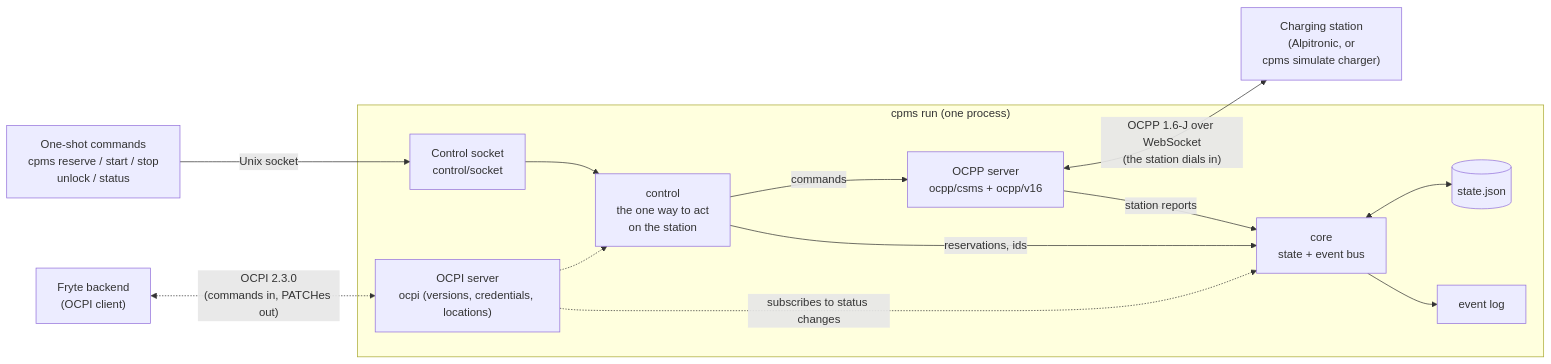
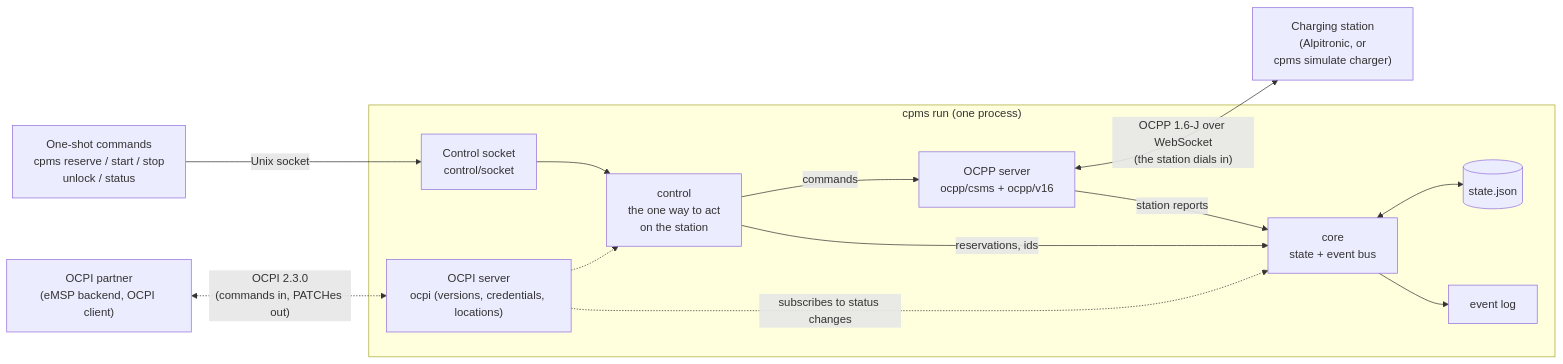
One commit to wolffseb/headless-csms changed the first of 8 diagrams in README.md. Above: the diagram before and after it, drawn with Mermaid. The commit also changed other lines of this file and 3 other files, not shown here.

First line of the commit message:
Replace remaining Fryte mentions with neutral OCPI partner wording

````diff
--- a/README.md
+++ b/README.md
@@ -830,28 +830,28 @@
 ```mermaid
 flowchart LR
     cli["One-shot commands<br/>cpms reserve / start / stop<br/>unlock / status"]
-    fryte["Fryte backend<br/>(OCPI client)"]
+    partner["OCPI partner<br/>(eMSP backend, OCPI client)"]
     station["Charging station<br/>(Alpitronic, or<br/>cpms simulate charger)"]
 
     subgraph run ["cpms run (one process)"]
         sock["Control socket<br/>control/socket"]
         ocpi["OCPI server<br/>ocpi (versions, credentials, locations)"]
         ctrl["control<br/>the one way to act<br/>on the station"]
         csms["OCPP server<br/>ocpp/csms + ocpp/v16"]
         core["core<br/>state + event bus"]
         store[("state.json")]
         log["event log"]
     end
 
     cli -- "Unix socket" --> sock
-    fryte <-. "OCPI 2.3.0<br/>(commands in, PATCHes out)" .-> ocpi
+    partner <-. "OCPI 2.3.0<br/>(commands in, PATCHes out)" .-> ocpi
     sock --> ctrl
     ocpi -.-> ctrl
     ctrl -- "commands" --> csms
     csms <-- "OCPP 1.6-J over WebSocket<br/>(the station dials in)" --> station
     ctrl -- "reservations, ids" --> core
     csms -- "station reports" --> core
     ocpi -. "subscribes to status changes" .-> core
     core <--> store
     core --> log
 ```
````
